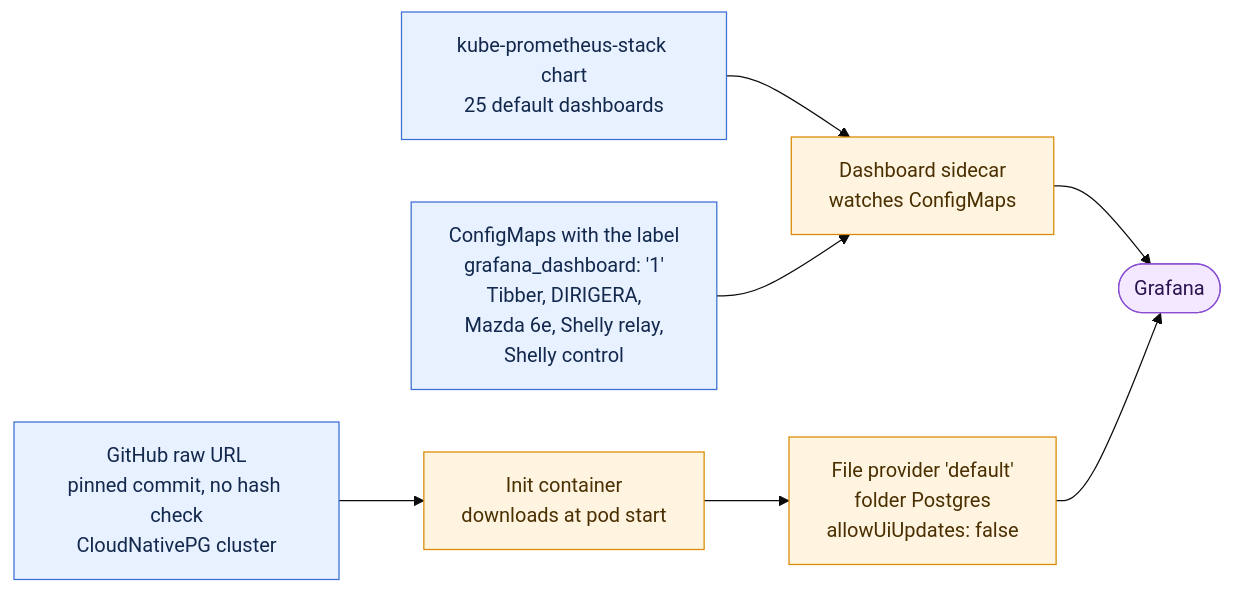
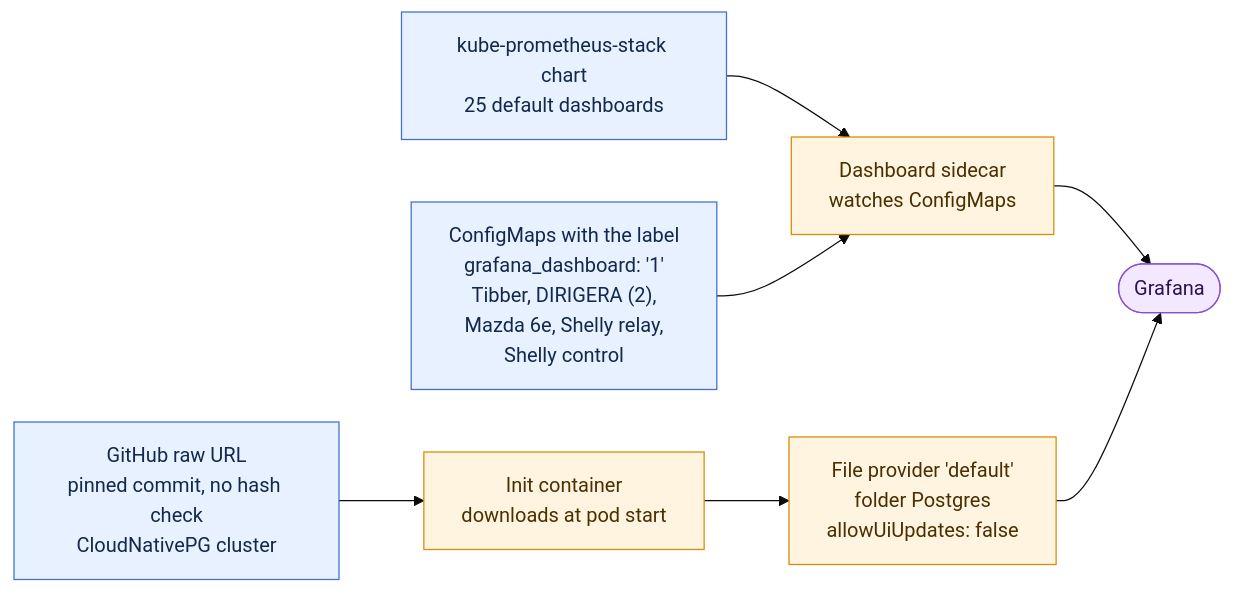
One commit to Yornik/sharkshere-gitops changed the second of 3 diagrams in docs/tech/monitoring.md. Above: the diagram before and after it, drawn with Mermaid (base theme). The commit also changed other lines of this file and 2 other files, not shown here.

First line of the commit message:
feat(monitoring): add the DIRIGERA lights and motion dashboard

````diff
--- a/docs/tech/monitoring.md
+++ b/docs/tech/monitoring.md
@@ -333,22 +333,22 @@
 ```mermaid
 flowchart LR
   classDef src fill:#e8f1ff,stroke:#3b6fd4,color:#12284c
   classDef mech fill:#fff4e0,stroke:#d98a00,color:#4a2f00
   classDef ui fill:#f3e8ff,stroke:#8a4fd1,color:#2d1250
 
   Chart["kube-prometheus-stack chart<br/>25 default dashboards"]:::src
-  CM["ConfigMaps with the label<br/>grafana_dashboard: '1'<br/>Tibber, DIRIGERA,<br/>Mazda 6e, Shelly relay,<br/>Shelly control"]:::src
+  CM["ConfigMaps with the label<br/>grafana_dashboard: '1'<br/>Tibber, DIRIGERA (2),<br/>Mazda 6e, Shelly relay,<br/>Shelly control"]:::src
   URL["GitHub raw URL<br/>pinned commit, no hash check<br/>CloudNativePG cluster"]:::src
 
   Side["Dashboard sidecar<br/>watches ConfigMaps"]:::mech
   Init["Init container<br/>downloads at pod start"]:::mech
   Prov["File provider 'default'<br/>folder Postgres<br/>allowUiUpdates: false"]:::mech
 
   Graf(["Grafana"]):::ui
 
   Chart --> Side
   CM --> Side
   URL --> Init --> Prov
   Side --> Graf
   Prov --> Graf
 ```
````
